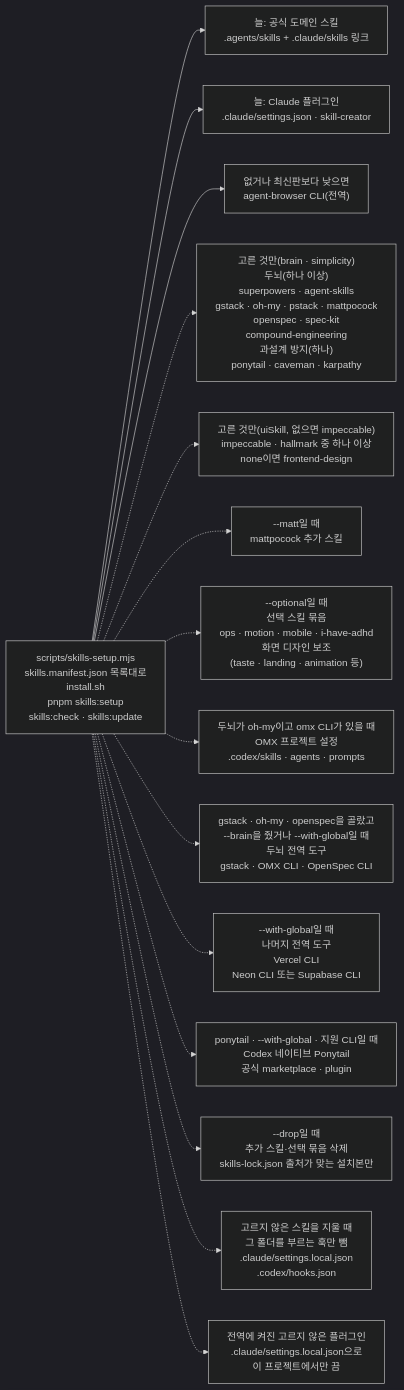
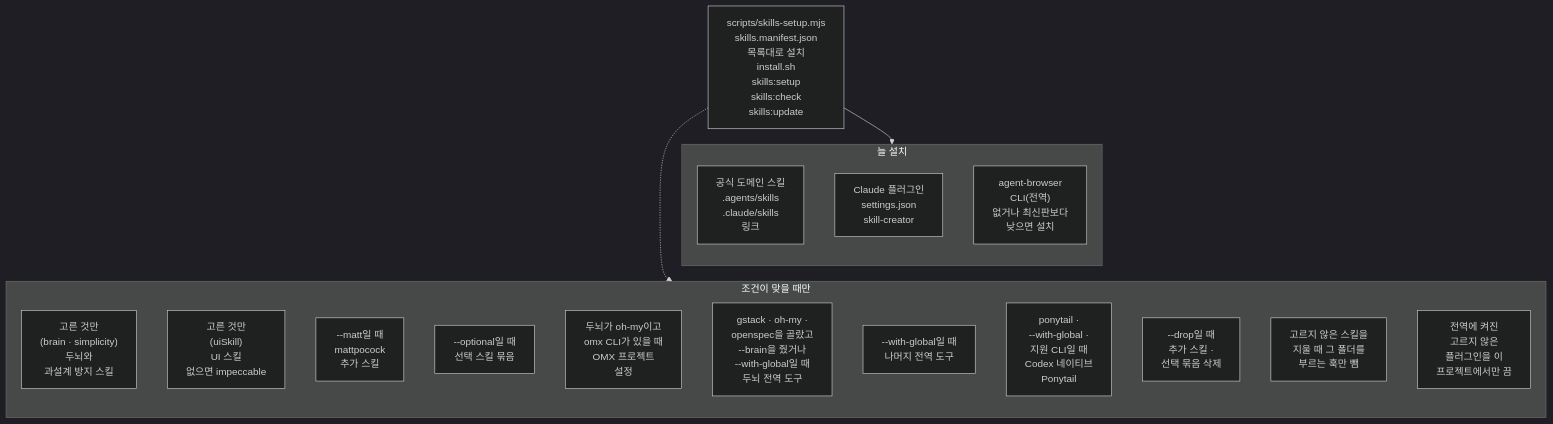
The diagram in handbook/skills/install-and-update.md (roadkwon-ai/pro-kit), drawn with Mermaid (dark theme) before and after one commit. The commit also changed other lines of this file and 26 other files, not shown here.

````diff
--- a/handbook/skills/install-and-update.md
+++ b/handbook/skills/install-and-update.md
@@ -56,23 +56,33 @@
 ```mermaid
 ---
 config:
   flowchart:
-    wrappingWidth: 290
+    wrappingWidth: 230
+    rankSpacing: 25
 ---
-flowchart LR
-  S["scripts/skills-setup.mjs<br/>skills.manifest.json 목록대로<br/>install.sh<br/>pnpm skills:setup<br/>skills:check · skills:update"]
-  S --> P1["늘: 공식 도메인 스킬<br/>.agents/skills + .claude/skills 링크"]
-  S --> P2["늘: Claude 플러그인<br/>.claude/settings.json · skill-creator"]
-  S --> AB["없거나 최신판보다 낮으면<br/>agent-browser CLI(전역)"]
-  S -.-> SEL["고른 것만(brain · simplicity)<br/>두뇌(하나 이상)<br/>superpowers · agent-skills<br/>gstack · oh-my · pstack · mattpocock<br/>openspec · spec-kit<br/>compound-engineering<br/>과설계 방지(하나)<br/>ponytail · caveman · karpathy"]
-  S -.-> UI["고른 것만(uiSkill, 없으면 impeccable)<br/>impeccable · hallmark 중 하나 이상<br/>none이면 frontend-design"]
-  S -.-> MATT["--matt일 때<br/>mattpocock 추가 스킬"]
-  S -.-> OPT["--optional일 때<br/>선택 스킬 묶음<br/>ops · motion · mobile · i-have-adhd<br/>화면 디자인 보조<br/>(taste · landing · animation 등)"]
-  S -.-> P4["두뇌가 oh-my이고 omx CLI가 있을 때<br/>OMX 프로젝트 설정<br/>.codex/skills · agents · prompts"]
-  S -.-> BG["gstack · oh-my · openspec을 골랐고<br/>--brain을 줬거나 --with-global일 때<br/>두뇌 전역 도구<br/>gstack · OMX CLI · OpenSpec CLI"]
-  S -.-> G["--with-global일 때<br/>나머지 전역 도구<br/>Vercel CLI<br/>Neon CLI 또는 Supabase CLI"]
-  S -.-> CP["ponytail · --with-global · 지원 CLI일 때<br/>Codex 네이티브 Ponytail<br/>공식 marketplace · plugin"]
-  S -.-> DROP["--drop일 때<br/>추가 스킬·선택 묶음 삭제<br/>skills-lock.json 출처가 맞는 설치본만"]
-  S -.-> HK["고르지 않은 스킬을 지울 때<br/>그 폴더를 부르는 훅만 뺌<br/>.claude/settings.local.json<br/>.codex/hooks.json"]
-  S -.-> LOC["전역에 켜진 고르지 않은 플러그인<br/>.claude/settings.local.json으로<br/>이 프로젝트에서만 끔"]
+flowchart TB
+  S["scripts/skills-setup.mjs<br/>skills.manifest.json<br/>목록대로 설치<br/>install.sh<br/>skills:setup<br/>skills:check<br/>skills:update"]
+  S --> ALW
+  S -.-> CND
+  subgraph ALW["늘 설치"]
+    P1["공식 도메인 스킬<br/>.agents/skills<br/>.claude/skills<br/>링크"]
+    P2["Claude 플러그인<br/>settings.json<br/>skill-creator"]
+    AB["agent-browser<br/>CLI(전역)<br/>없거나 최신판보다<br/>낮으면 설치"]
+    P1 ~~~ P2 ~~~ AB
+  end
+  subgraph CND["조건이 맞을 때만"]
+    SEL["고른 것만<br/>(brain · simplicity)<br/>두뇌와<br/>과설계 방지 스킬"]
+    UI["고른 것만<br/>(uiSkill)<br/>UI 스킬<br/>없으면 impeccable"]
+    MATT["--matt일 때<br/>mattpocock<br/>추가 스킬"]
+    OPT["--optional일 때<br/>선택 스킬 묶음"]
+    P4["두뇌가 oh-my이고<br/>omx CLI가 있을 때<br/>OMX 프로젝트<br/>설정"]
+    BG["gstack · oh-my ·<br/>openspec을 골랐고<br/>--brain을 줬거나<br/>--with-global일 때<br/>두뇌 전역 도구"]
+    G["--with-global일 때<br/>나머지 전역 도구"]
+    CP["ponytail ·<br/>--with-global ·<br/>지원 CLI일 때<br/>Codex 네이티브<br/>Ponytail"]
+    DROP["--drop일 때<br/>추가 스킬 ·<br/>선택 묶음 삭제"]
+    HK["고르지 않은 스킬을<br/>지울 때 그 폴더를<br/>부르는 훅만 뺌"]
+    LOC["전역에 켜진<br/>고르지 않은<br/>플러그인을 이<br/>프로젝트에서만 끔"]
+    SEL ~~~ UI ~~~ MATT ~~~ OPT ~~~ P4 ~~~ BG ~~~ G ~~~ CP ~~~ DROP ~~~ HK ~~~ LOC
+  end
+  ALW ~~~ CND
 ```
````
